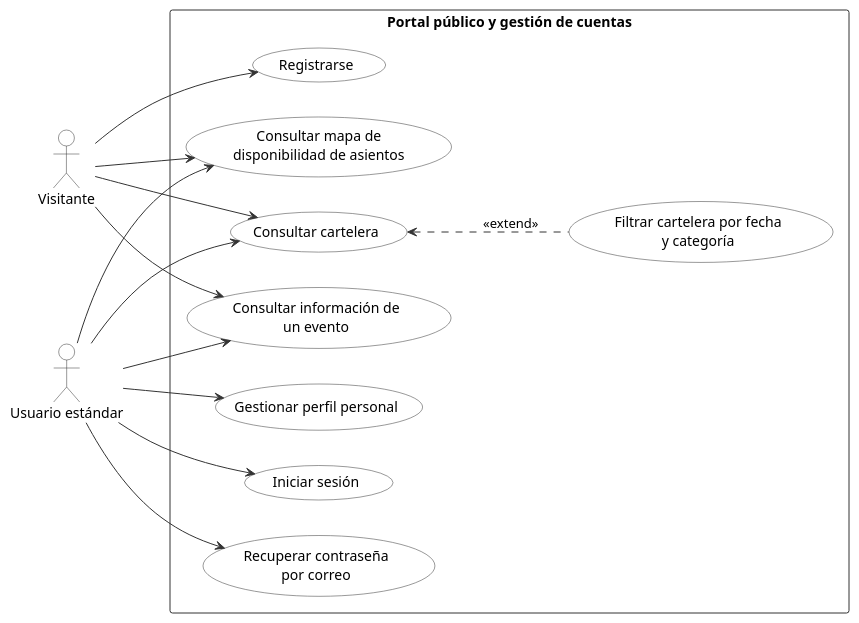
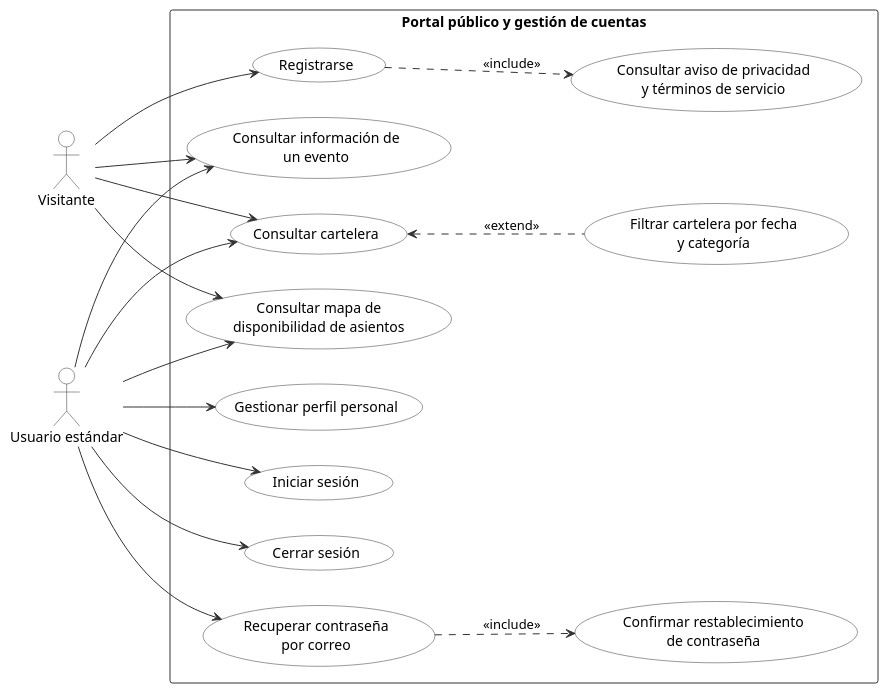
The diagram in docs/diagramas-uml/diagramas-de-caso-uso/01_portal_publico_y_cuentas.puml (AntonioVargas97/Teatro), drawn with PlantUML before and after one commit. The commit also changed 9 other files, not shown here.

First line of the commit message:
docs(uml): refine use case diagrams and add internal accounts

```diff
--- a/docs/diagramas-uml/diagramas-de-caso-uso/01_portal_publico_y_cuentas.puml
+++ b/docs/diagramas-uml/diagramas-de-caso-uso/01_portal_publico_y_cuentas.puml
@@ -1,42 +1,49 @@
 @startuml 01_portal_publico_y_cuentas
 skinparam shadowing false
 skinparam usecase {
   BackgroundColor #FFFFFF
   BorderColor #333333
 }
 skinparam actor {
   BackgroundColor #FFFFFF
   BorderColor #333333
 }
 skinparam rectangle {
   BackgroundColor #FFFFFF
   BorderColor #333333
 }
 skinparam ArrowColor #333333
 left to right direction
 actor "Visitante" as V
 actor "Usuario estándar" as U
 
 rectangle "Portal público y gestión de cuentas" {
   usecase "Registrarse" as UC1
-  usecase "Iniciar sesión" as UC2
-  usecase "Recuperar contraseña\npor correo" as UC3
-  usecase "Consultar cartelera" as UC4
-  usecase "Filtrar cartelera por fecha\ny categoría" as UC5
-  usecase "Consultar información de\nun evento" as UC6
-  usecase "Consultar mapa de\ndisponibilidad de asientos" as UC7
-  usecase "Gestionar perfil personal" as UC8
+  usecase "Consultar aviso de privacidad\ny términos de servicio" as UC2
+  usecase "Iniciar sesión" as UC3
+  usecase "Cerrar sesión" as UC4
+  usecase "Recuperar contraseña\npor correo" as UC5
+  usecase "Confirmar restablecimiento\nde contraseña" as UC6
+  usecase "Consultar cartelera" as UC7
+  usecase "Filtrar cartelera por fecha\ny categoría" as UC8
+  usecase "Consultar información de\nun evento" as UC9
+  usecase "Consultar mapa de\ndisponibilidad de asientos" as UC10
+  usecase "Gestionar perfil personal" as UC11
 }
 
 V --> UC1
-V --> UC4
-V --> UC6
 V --> UC7
-U --> UC2
+V --> UC9
+V --> UC10
 U --> UC3
 U --> UC4
-U --> UC6
+U --> UC5
 U --> UC7
-U --> UC8
-UC4 <.. UC5 : <<extend>>
+U --> UC9
+U --> UC10
+U --> UC11
+
+UC1 ..> UC2 : <<include>>
+UC5 ..> UC6 : <<include>>
+UC7 <.. UC8 : <<extend>>
 @enduml
```
